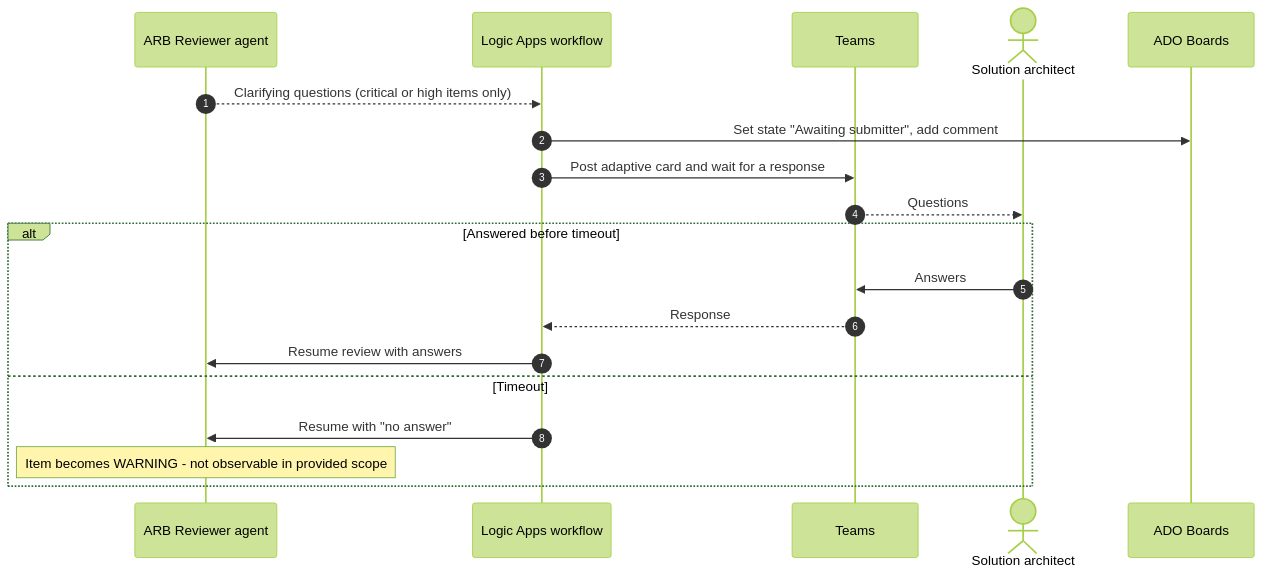
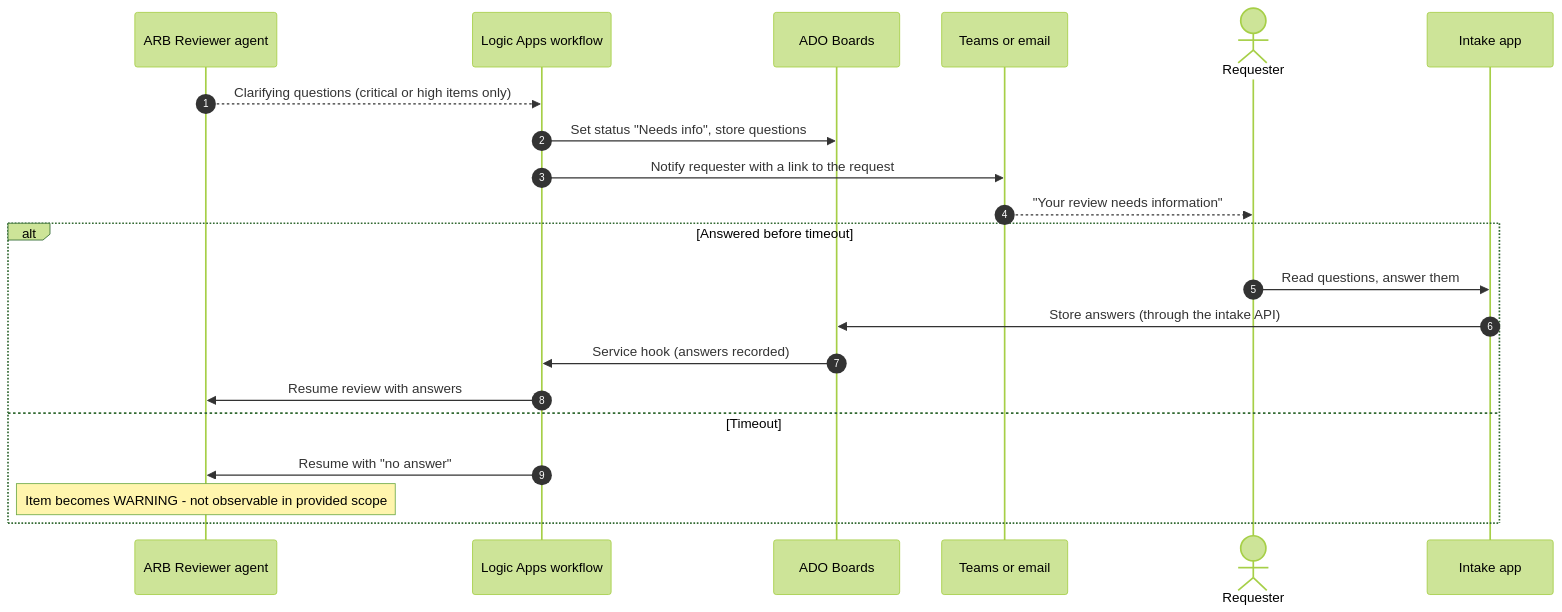
Before and after one commit to itsamitkr/arb-agent-design: the fourth of 8 diagrams in ARB-Agent-Technical-Design.md, drawn with Mermaid (forest theme). The commit also changed other lines of this file and 2 other files, not shown here.

First line of the commit message:
TDD v0.2: apply the six agreed review points

````diff
--- a/ARB-Agent-Technical-Design.md
+++ b/ARB-Agent-Technical-Design.md
@@ -391,22 +542,24 @@
 ```mermaid
 sequenceDiagram
     autonumber
     participant AG as ARB Reviewer agent
     participant LA as Logic Apps workflow
-    participant TM as Teams
-    actor SA as Solution architect
     participant ADO as ADO Boards
+    participant TM as Teams or email
+    actor SA as Requester
+    participant APP as Intake app
 
     AG-->>LA: Clarifying questions (critical or high items only)
-    LA->>ADO: Set state "Awaiting submitter", add comment
-    LA->>TM: Post adaptive card and wait for a response
-    TM-->>SA: Questions
+    LA->>ADO: Set status "Needs info", store questions
+    LA->>TM: Notify requester with a link to the request
+    TM-->>SA: "Your review needs information"
     alt Answered before timeout
-        SA->>TM: Answers
-        TM-->>LA: Response
+        SA->>APP: Read questions, answer them
+        APP->>ADO: Store answers (through the intake API)
+        ADO->>LA: Service hook (answers recorded)
         LA->>AG: Resume review with answers
     else Timeout
         LA->>AG: Resume with "no answer"
         Note over AG: Item becomes WARNING - not observable in provided scope
     end
 ```
````
